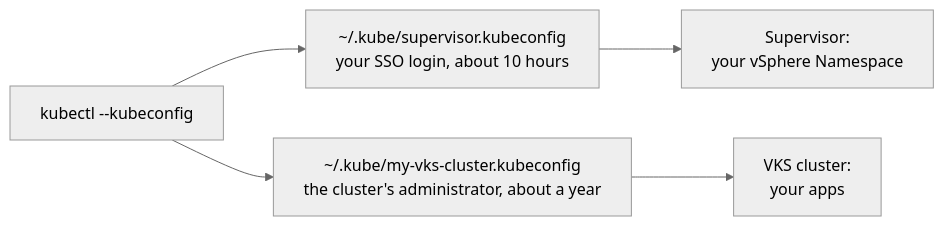
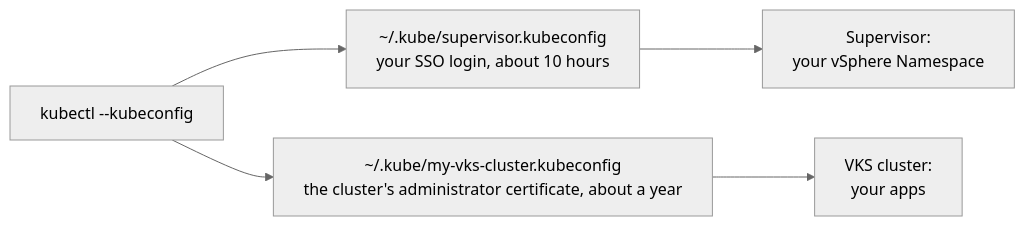
Before and after one commit to AndriyKalashnykov/vks-guides: the third of 4 diagrams in docs/VCF.md, drawn with Mermaid (neutral theme). The commit also changed other lines of this file, not shown here.

Commit message:
docs: VCF.md marks what is VKS and vcf behaviour and what is these guides' choice (separate files, file and context names)

````diff
--- a/docs/VCF.md
+++ b/docs/VCF.md
@@ -372,8 +376,8 @@
 ```mermaid
 %%{init: {"flowchart": {"htmlLabels": false, "wrappingWidth": 600}}}%%
 flowchart LR
   k["kubectl --kubeconfig"] --> sk["~/.kube/supervisor.kubeconfig<br/>your SSO login, about 10 hours"]
-  k --> ck["~/.kube/my-vks-cluster.kubeconfig<br/>the cluster's administrator, about a year"]
+  k --> ck["~/.kube/my-vks-cluster.kubeconfig<br/>the cluster's administrator certificate, about a year"]
   sk --> S["Supervisor:<br/>your vSphere Namespace"]
   ck --> C["VKS cluster:<br/>your apps"]
 ```
````
